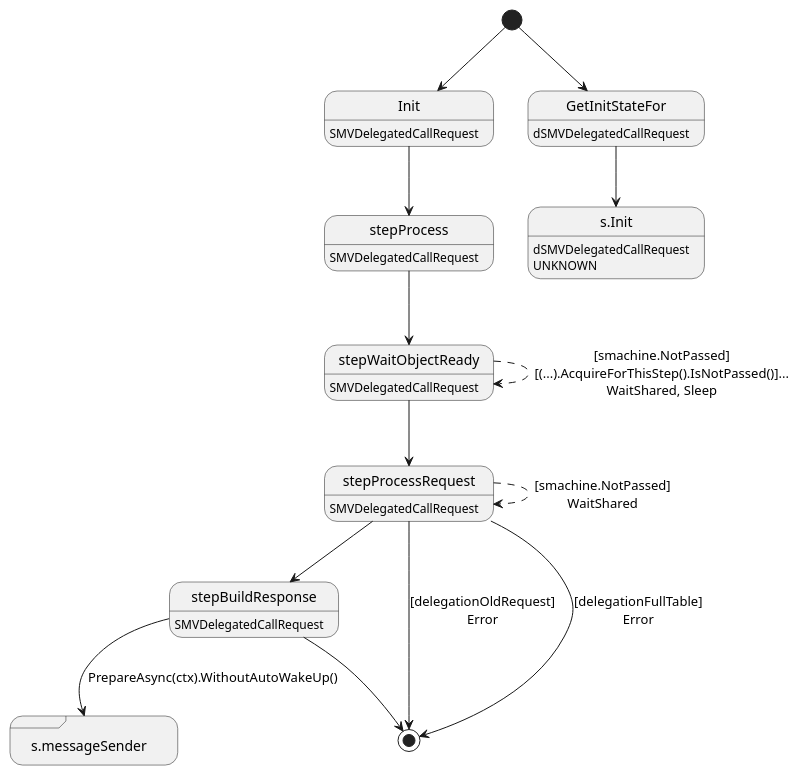
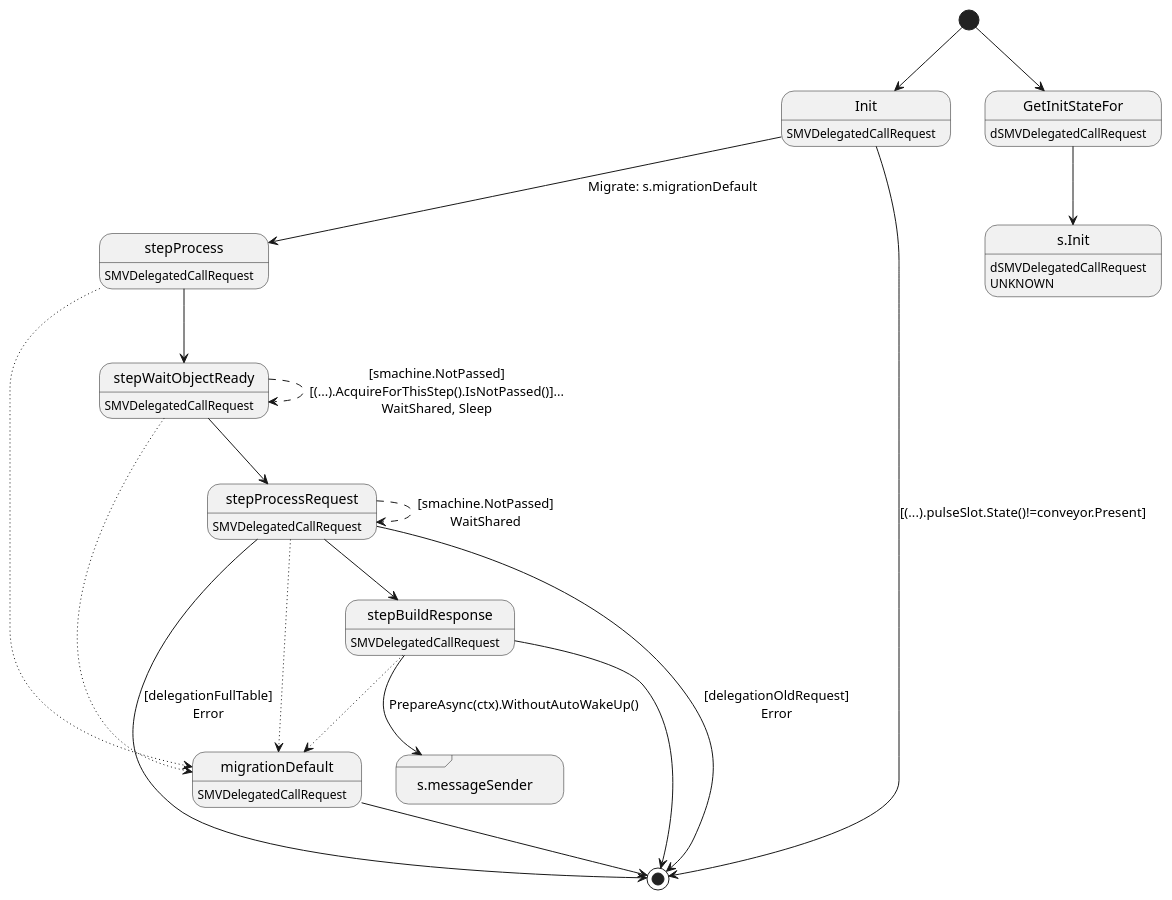
One commit to insolar/assured-ledger changed the diagram in ledger-core/virtual/handlers/vdelegatedcallrequest.plantuml. Above: the diagram before and after it, drawn with PlantUML. The commit also changed 12 other files, not shown here.

Commit message:
Plat-536: fix process message in past pulse (#432)

```diff
--- a/ledger-core/virtual/handlers/vdelegatedcallrequest.plantuml
+++ b/ledger-core/virtual/handlers/vdelegatedcallrequest.plantuml
@@ -1,31 +1,39 @@
 @startuml
 state "Init" as T01_S001
 T01_S001 : SMVDelegatedCallRequest
 [*] --> T01_S001
-T01_S001 --> T01_S002
-state "s.messageSender" as T01_S006 <<sdlreceive>>
-state "stepBuildResponse" as T01_S005
+T01_S001 --> [*] : [(...).pulseSlot.State()!=conveyor.Present]
+T01_S001 --> T01_S003 : Migrate: s.migrationDefault
+state "migrationDefault" as T01_S002
+T01_S002 : SMVDelegatedCallRequest
+T01_S002 --> [*]
+state "s.messageSender" as T01_S007 <<sdlreceive>>
+state "stepBuildResponse" as T01_S006
+T01_S006 : SMVDelegatedCallRequest
+T01_S006 --[dotted]> T01_S002
+T01_S006 --> T01_S007 : PrepareAsync(ctx).WithoutAutoWakeUp()
+T01_S006 --> [*]
+state "stepProcess" as T01_S003
+T01_S003 : SMVDelegatedCallRequest
+T01_S003 --[dotted]> T01_S002
+T01_S003 --> T01_S004
+state "stepProcessRequest" as T01_S005
 T01_S005 : SMVDelegatedCallRequest
-T01_S005 --> T01_S006 : PrepareAsync(ctx).WithoutAutoWakeUp()
-T01_S005 --> [*]
-state "stepProcess" as T01_S002
-T01_S002 : SMVDelegatedCallRequest
-T01_S002 --> T01_S003
-state "stepProcessRequest" as T01_S004
+T01_S005 --[dotted]> T01_S002
+T01_S005 --[dashed]> T01_S005 : [smachine.NotPassed]\nWaitShared
+T01_S005 --> [*] : [delegationOldRequest]\nError
+T01_S005 --> [*] : [delegationFullTable]\nError
+T01_S005 --> T01_S006
+state "stepWaitObjectReady" as T01_S004
 T01_S004 : SMVDelegatedCallRequest
-T01_S004 --[dashed]> T01_S004 : [smachine.NotPassed]\nWaitShared
-T01_S004 --> [*] : [delegationOldRequest]\nError
-T01_S004 --> [*] : [delegationFullTable]\nError
+T01_S004 --[dotted]> T01_S002
+T01_S004 --[dashed]> T01_S004 : [smachine.NotPassed]\n[(...).AcquireForThisStep().IsNotPassed()]...\nWaitShared, Sleep
 T01_S004 --> T01_S005
-state "stepWaitObjectReady" as T01_S003
-T01_S003 : SMVDelegatedCallRequest
-T01_S003 --[dashed]> T01_S003 : [smachine.NotPassed]\n[(...).AcquireForThisStep().IsNotPassed()]...\nWaitShared, Sleep
-T01_S003 --> T01_S004
 state "GetInitStateFor" as T00_S001
 T00_S001 : dSMVDelegatedCallRequest
 [*] --> T00_S001
 state "s.Init" as T00_U001
 T00_U001 : dSMVDelegatedCallRequest
 T00_U001 : UNKNOWN 
 T00_S001 --> T00_U001
 @enduml
```
